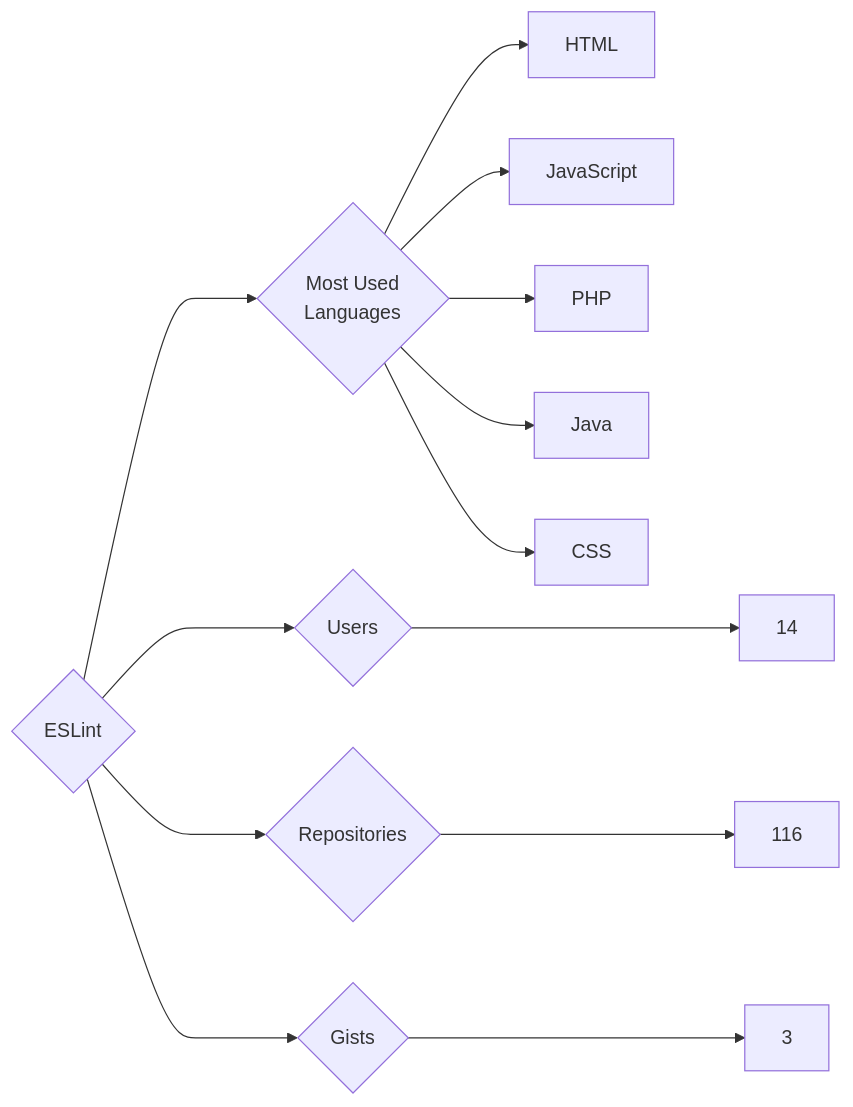
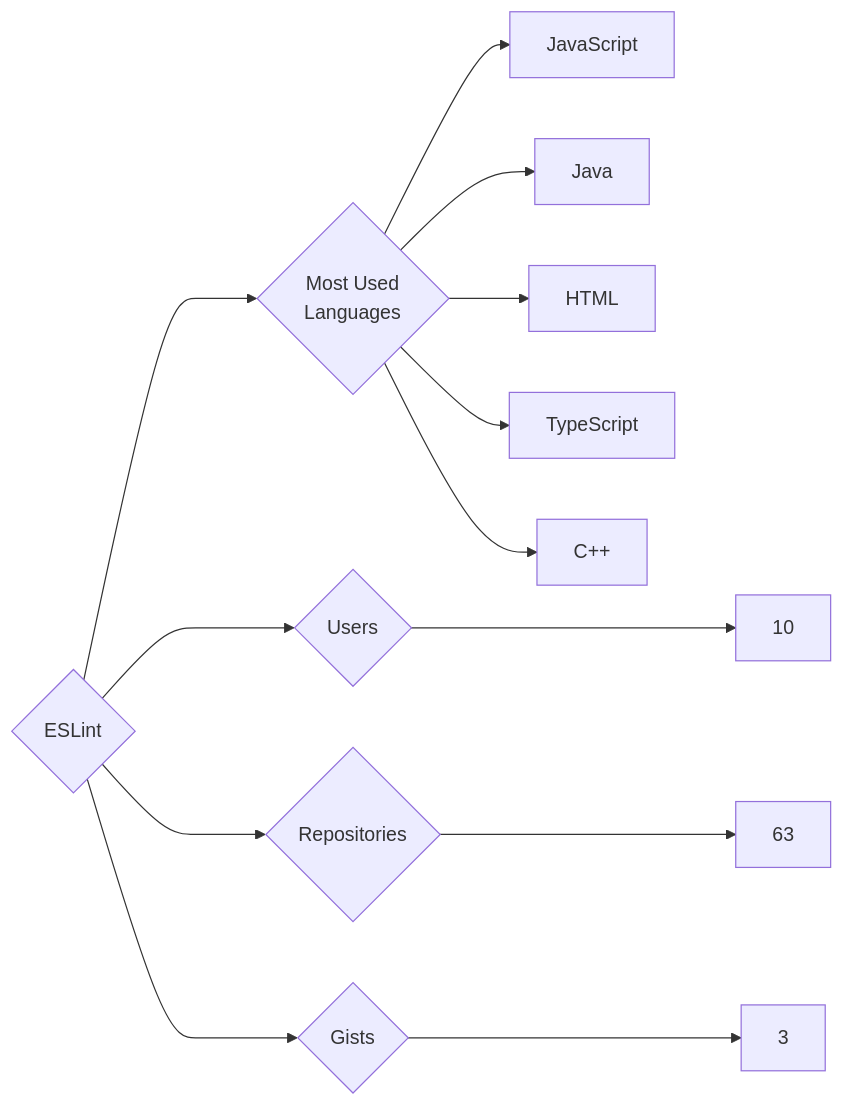
Before and after one commit to trickest/insiders: the diagram in targets/ESLint/README.md, drawn with Mermaid. The commit also changed 1084 other files, not shown here.

````diff
--- a/targets/ESLint/README.md
+++ b/targets/ESLint/README.md
@@ -3,13 +3,13 @@
 ```mermaid
 graph LR
 COMPANY_NAME{ESLint}
-COMPANY_NAME ---> U{Users} ---> UN[14]
-COMPANY_NAME ---> R{Repositories} ---> RN[116]
+COMPANY_NAME ---> U{Users} ---> UN[10]
+COMPANY_NAME ---> R{Repositories} ---> RN[63]
 COMPANY_NAME ---> G{Gists} ---> GN[3]
 COMPANY_NAME ---> ML{Most Used<br>Languages}
+ML --> JavaScript[JavaScript]
+ML --> Java[Java]
 ML --> HTML[HTML]
-ML --> JavaScript[JavaScript]
-ML --> PHP[PHP]
-ML --> Java[Java]
-ML --> CSS[CSS]
+ML --> TypeScript[TypeScript]
+ML --> C++[C++]
 ```
````
